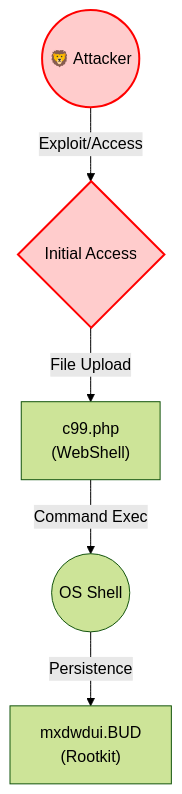
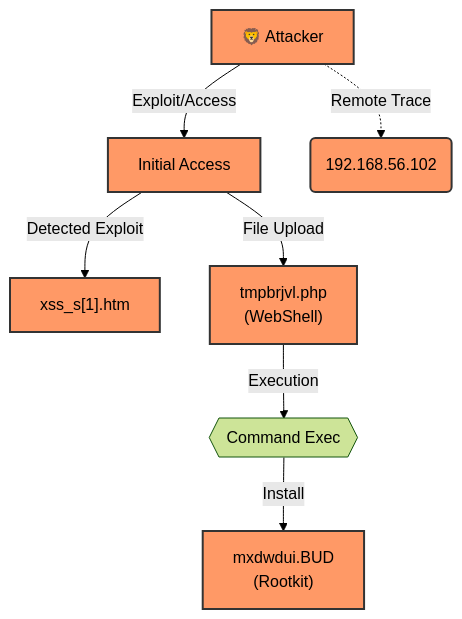
One commit to schutzz/SkiaHelios changed the second of 2 diagrams in README.md. Above: the diagram before and after it, drawn with Mermaid (forest theme). The commit also changed other lines of this file, not shown here.

Commit message:
Feat: SkiaHelios v2.2 - Visual Reporting, Legacy OS Mode, and Syntax Guard integration

````diff
--- a/README.md
+++ b/README.md
@@ -112,12 +175,17 @@
 ```mermaid
 graph TD
-    %% Nodes Definition
-    Attacker((🦁 Attacker)) -->|Exploit/Access| Initial{Initial Access}
-    Initial -->|File Upload| WS_12345["c99.php<br/>(WebShell)"]
-    WS_12345 -->|Command Exec| Cmd_9999((OS Shell))
-    Cmd_9999 -->|Persistence| RK_5555["mxdwdui.BUD<br/>(Rootkit)"]
+    %% [Visual Style v1.0 Restoration with Syntax Guard]
+    Attacker[🦁 Attacker] -->|Exploit/Access| Initial[Initial Access]
     
-    %% Styles
-    classDef threat fill:#ffcccc,stroke:#ff0000,stroke-width:2px,color:#000;
-    class Attacker,Initial threat;
+    Initial -->|Detected Exploit| Ex_1["xss_s[1].htm"]
+    Initial -->|File Upload| WS_1["tmpbrjvl.php <br/>(WebShell)"]
+    
+    WS_1 -->|Execution| Cmd_1{{Command Exec}}
+    Cmd_1 -->|Install| RK_1["mxdwdui.BUD <br/>(Rootkit)"]
+    
+    Attacker -.->|Remote Trace| IP_1("192.168.56.102")
+
+    %% Styles (Original Orange Palette)
+    classDef threat fill:#f96,stroke:#333,stroke-width:2px;
+    class Attacker,Initial,WS_1,RK_1,Ex_1,IP_1 threat;
 ```
````
